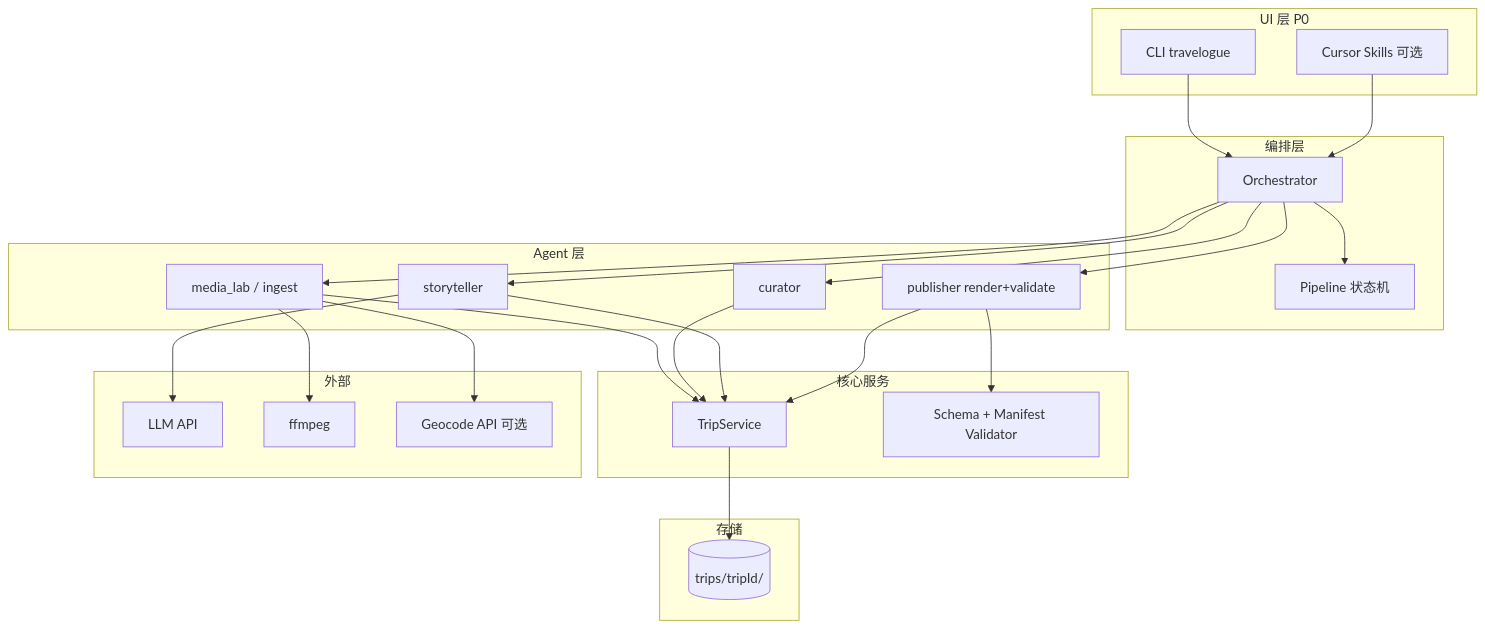
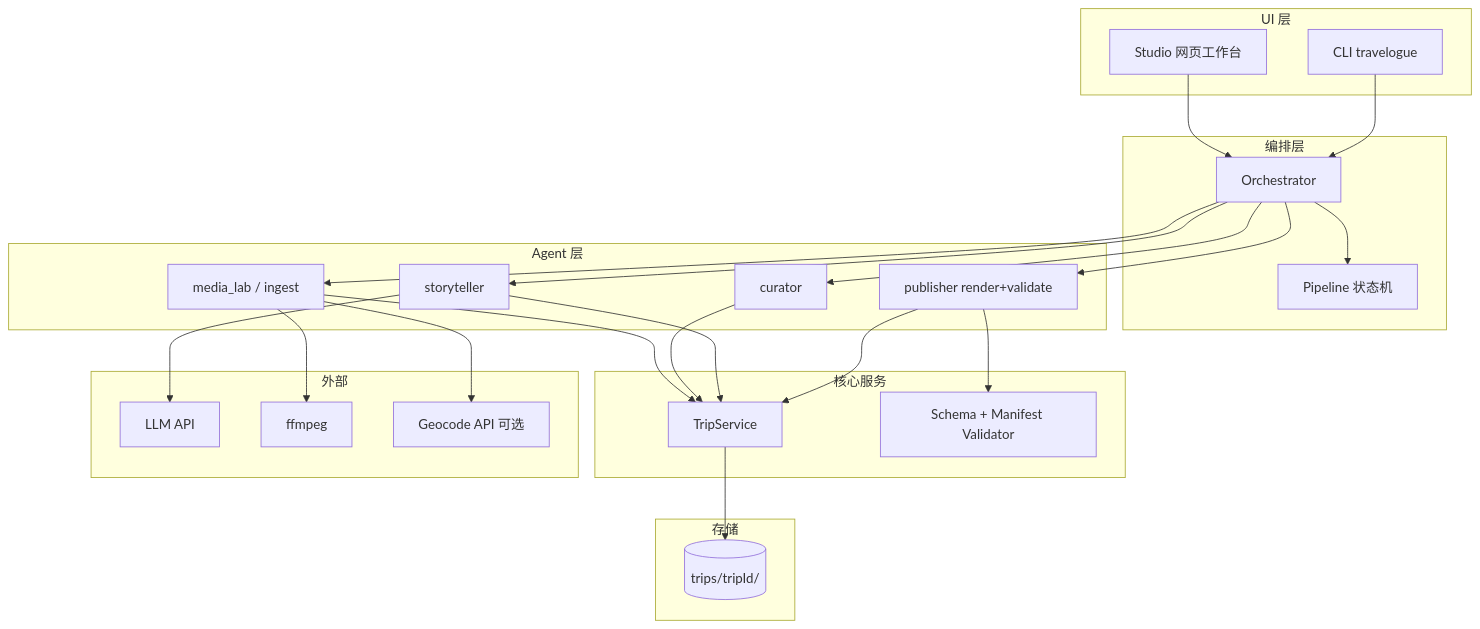
One commit to warclover/travelogue changed the diagram in docs/TECH-ARCHITECTURE.md. Above: the diagram before and after it, drawn with Mermaid. The commit also changed other lines of this file and 14 other files, not shown here.

````diff
--- a/docs/TECH-ARCHITECTURE.md
+++ b/docs/TECH-ARCHITECTURE.md
@@ -26,45 +28,45 @@
 ```mermaid
 flowchart TB
-  subgraph ui [UI 层 P0]
+  subgraph ui [UI 层]
+    Studio[Studio 网页工作台]
     CLI[CLI travelogue]
-    Skill[Cursor Skills 可选]
   end
 
   subgraph orch [编排层]
     O[Orchestrator]
     SM[Pipeline 状态机]
   end
 
   subgraph agents [Agent 层]
     A0[media_lab / ingest]
     A1[curator]
     A2[storyteller]
     A3[publisher render+validate]
   end
 
   subgraph core [核心服务]
     TS[TripService]
     VAL[Schema + Manifest Validator]
   end
 
   subgraph storage [存储]
     FS[(trips/tripId/)]
   end
 
   subgraph external [外部]
     LLM[LLM API]
     FF[ffmpeg]
     GEO[Geocode API 可选]
   end
 
+  Studio --> O
   CLI --> O
-  Skill --> O
   O --> SM
   O --> A0 & A1 & A2 & A3
   A0 & A1 & A2 & A3 --> TS
   A2 --> LLM
   A0 --> FF
   A0 --> GEO
   A3 --> VAL
   TS --> FS
 ```
````
